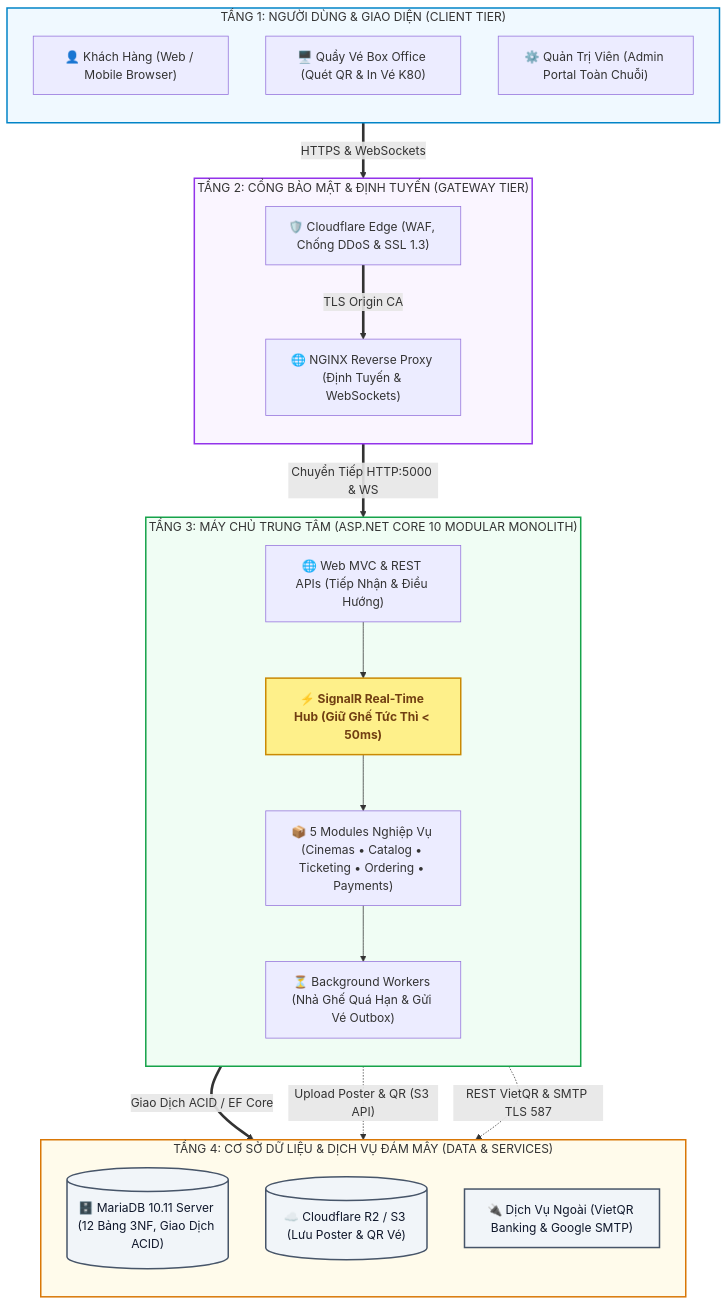
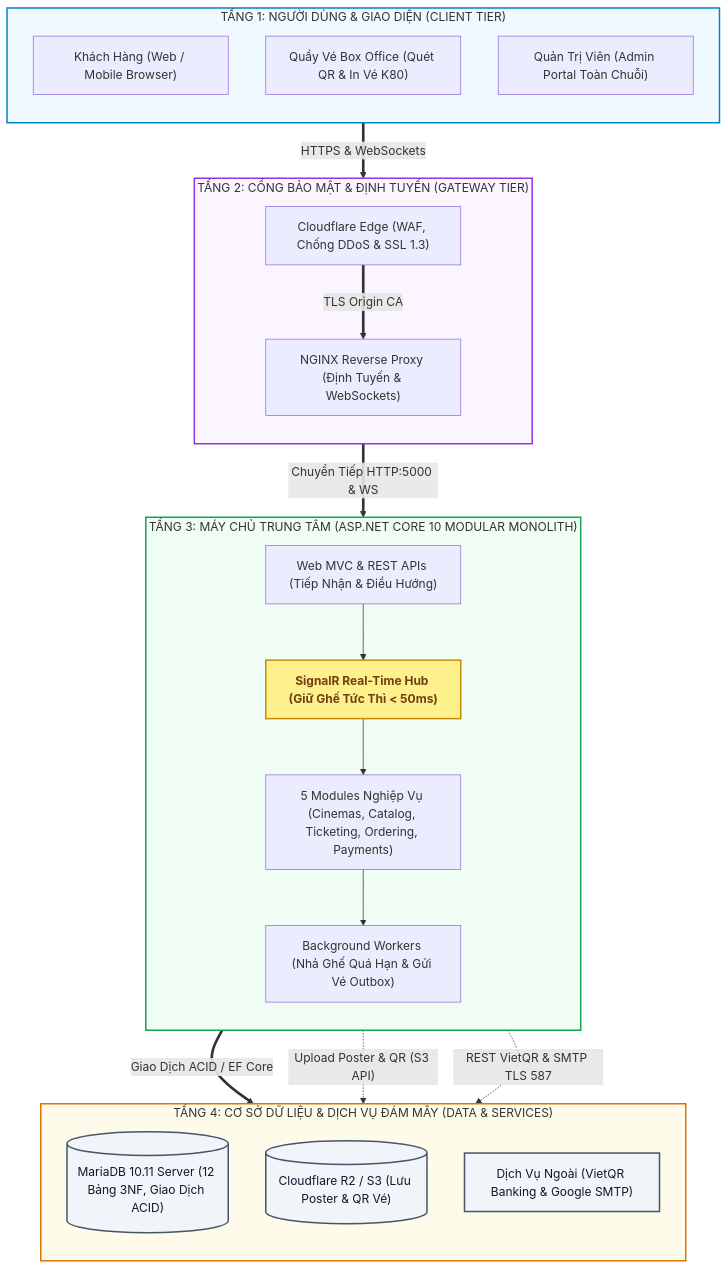
The diagram in README.md (IR3lI/Cinema-Management-Project-), drawn with Mermaid before and after one commit. The commit also changed other lines of this file and 8 other files, not shown here.

Commit message:
docs: update system architecture diagram to vertical layout without icons and add detailed component roles

````diff
--- a/README.md
+++ b/README.md
@@ -11,69 +11,69 @@
 ```mermaid
 flowchart TB
     %% ==========================================
     %% 1. TẦNG NGƯỜI DÙNG & THIẾT BỊ (XẾP HÀNG DỌC)
     %% ==========================================
     subgraph T1 ["TẦNG 1: NGƯỜI DÙNG & GIAO DIỆN (CLIENT TIER)"]
         direction TB
-        Client["👤 Khách Hàng (Web / Mobile Browser)"]
-        POS["🖥️ Quầy Vé Box Office (Quét QR & In Vé K80)"]
-        Admin["⚙️ Quản Trị Viên (Admin Portal Toàn Chuỗi)"]
+        Client["Khách Hàng (Web / Mobile Browser)"]
+        POS["Quầy Vé Box Office (Quét QR & In Vé K80)"]
+        Admin["Quản Trị Viên (Admin Portal Toàn Chuỗi)"]
     end
 
     %% ==========================================
     %% 2. TẦNG BẢO MẬT & ĐIỀU PHỐI (XẾP HÀNG DỌC)
     %% ==========================================
     subgraph T2 ["TẦNG 2: CỔNG BẢO MẬT & ĐỊNH TUYẾN (GATEWAY TIER)"]
         direction TB
-        CF["🛡️ Cloudflare Edge (WAF, Chống DDoS & SSL 1.3)"]
-        Nginx["🌐 NGINX Reverse Proxy (Định Tuyến & WebSockets)"]
+        CF["Cloudflare Edge (WAF, Chống DDoS & SSL 1.3)"]
+        Nginx["NGINX Reverse Proxy (Định Tuyến & WebSockets)"]
         CF ==>|"TLS Origin CA"| Nginx
     end
 
     %% ==========================================
     %% 3. TẦNG MÁY CHỦ XỬ LÝ (XẾP HÀNG DỌC)
     %% ==========================================
     subgraph T3 ["TẦNG 3: MÁY CHỦ TRUNG TÂM (ASP.NET CORE 10 MODULAR MONOLITH)"]
         direction TB
-        API["🌐 Web MVC & REST APIs (Tiếp Nhận & Điều Hướng)"]
-        SignalR["⚡ SignalR Real-Time Hub (Giữ Ghế Tức Thì &lt; 50ms)"]
-        Modules["📦 5 Modules Nghiệp Vụ (Cinemas • Catalog • Ticketing • Ordering • Payments)"]
-        Workers["⏳ Background Workers (Nhả Ghế Quá Hạn & Gửi Vé Outbox)"]
+        API["Web MVC & REST APIs (Tiếp Nhận & Điều Hướng)"]
+        SignalR["SignalR Real-Time Hub (Giữ Ghế Tức Thì &lt; 50ms)"]
+        Modules["5 Modules Nghiệp Vụ (Cinemas, Catalog, Ticketing, Ordering, Payments)"]
+        Workers["Background Workers (Nhả Ghế Quá Hạn & Gửi Vé Outbox)"]
         
         API --> SignalR
         SignalR --> Modules
         Modules --> Workers
     end
 
     %% ==========================================
     %% 4. TẦNG DỮ LIỆU & DỊCH VỤ NGOÀI (XẾP HÀNG DỌC)
     %% ==========================================
     subgraph T4 ["TẦNG 4: CƠ SỞ DỮ LIỆU & DỊCH VỤ ĐÁM MÂY (DATA & SERVICES)"]
         direction TB
-        DB[("🗄️ MariaDB 10.11 Server (12 Bảng 3NF, Giao Dịch ACID)")]
-        R2[("☁️ Cloudflare R2 / S3 (Lưu Poster & QR Vé)")]
-        Ext["🔌 Dịch Vụ Ngoài (VietQR Banking & Google SMTP)"]
+        DB[("MariaDB 10.11 Server (12 Bảng 3NF, Giao Dịch ACID)")]
+        R2[("Cloudflare R2 / S3 (Lưu Poster & QR Vé)")]
+        Ext["Dịch Vụ Ngoài (VietQR Banking & Google SMTP)"]
     end
 
     %% ==========================================
     %% LUỒNG TƯƠNG TÁC THẲNG ĐỨNG TỪ TRÊN XUỐNG DƯỚI (HÀNG DỌC)
     %% ==========================================
     T1 ==>|"HTTPS & WebSockets"| CF
     Nginx ==>|"Chuyển Tiếp HTTP:5000 & WS"| API
     Workers ==>|"Giao Dịch ACID / EF Core"| DB
     Workers -.->|"Upload Poster & QR (S3 API)"| R2
     Workers -.->|"REST VietQR & SMTP TLS 587"| Ext
 
     %% ==========================================
     %% MÀU SẮC PHÂN TẦNG RÕ RÀNG
     %% ==========================================
     style T1 fill:#f0f9ff,stroke:#0284c7,stroke-width:2px;
     style T2 fill:#faf5ff,stroke:#9333ea,stroke-width:2px;
     style T3 fill:#f0fdf4,stroke:#16a34a,stroke-width:2px;
     style T4 fill:#fffbeb,stroke:#d97706,stroke-width:2px;
 
     style SignalR fill:#fef08a,stroke:#ca8a04,stroke-width:2px,color:#713f12,font-weight:bold;
     style DB fill:#f1f5f9,stroke:#475569,stroke-width:2px,color:#0f172a;
     style R2 fill:#f1f5f9,stroke:#475569,stroke-width:2px,color:#0f172a;
     style Ext fill:#f1f5f9,stroke:#475569,stroke-width:2px,color:#0f172a;
 ```
````
